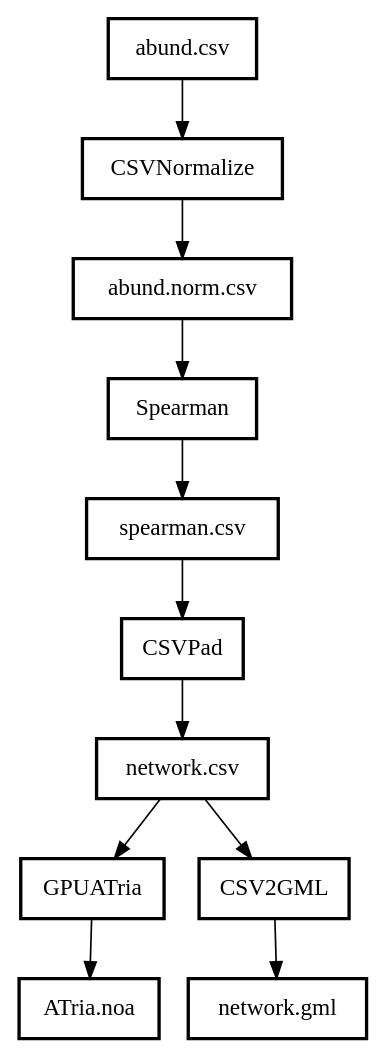
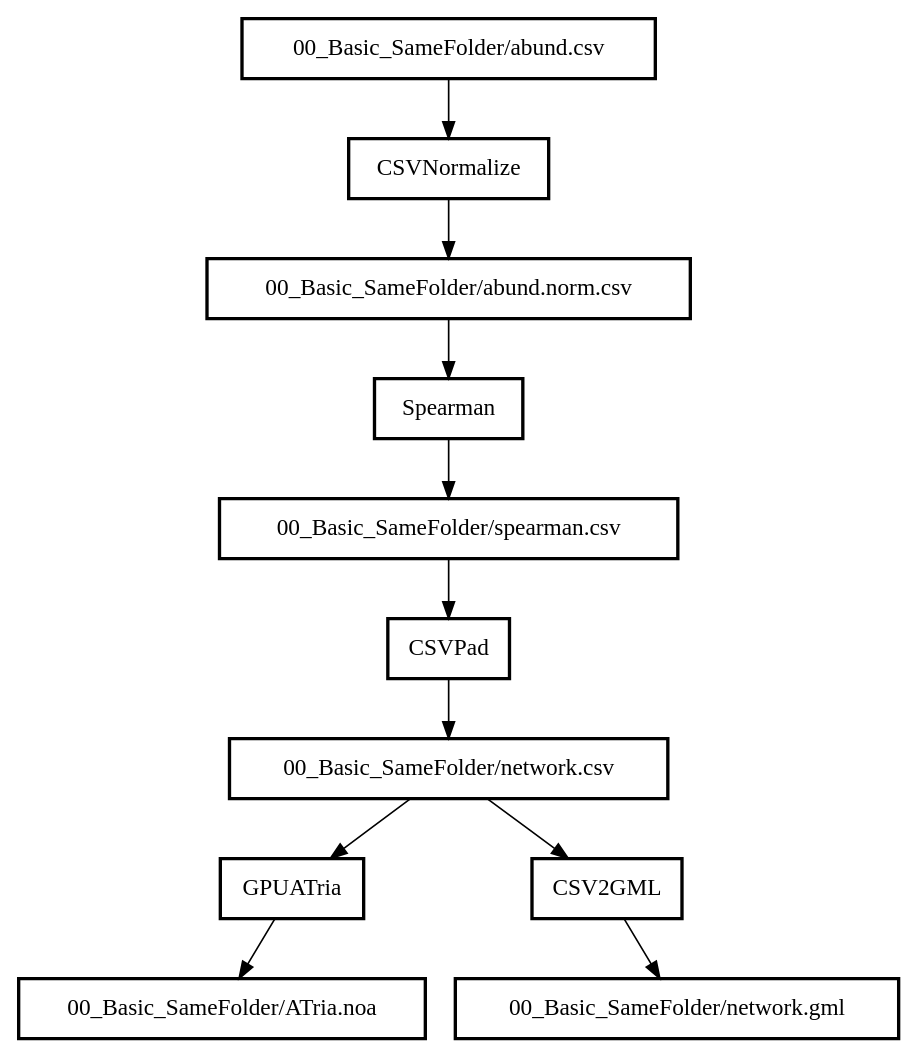
Before and after one commit to movingpictures83/PipeViz: the diagram in 00_Basic_SameFolder/expected.dot, drawn with Graphviz. The commit also changed 5 other files, not shown here.

```diff
--- a/00_Basic_SameFolder/expected.dot
+++ b/00_Basic_SameFolder/expected.dot
@@ -1,8 +1,8 @@
 digraph G {
 	node [style=bold, shape=box];
-	"abund.csv"->"CSVNormalize"->"abund.norm.csv";
-	"abund.norm.csv"->"Spearman"->"spearman.csv";
-	"spearman.csv"->"CSVPad"->"network.csv";
-	"network.csv"->"GPUATria"->"ATria.noa";
-	"network.csv"->"CSV2GML"->"network.gml";
+	"00_Basic_SameFolder/abund.csv"->"CSVNormalize"->"00_Basic_SameFolder/abund.norm.csv";
+	"00_Basic_SameFolder/abund.norm.csv"->"Spearman"->"00_Basic_SameFolder/spearman.csv";
+	"00_Basic_SameFolder/spearman.csv"->"CSVPad"->"00_Basic_SameFolder/network.csv";
+	"00_Basic_SameFolder/network.csv"->"GPUATria"->"00_Basic_SameFolder/ATria.noa";
+	"00_Basic_SameFolder/network.csv"->"CSV2GML"->"00_Basic_SameFolder/network.gml";
 }
```
